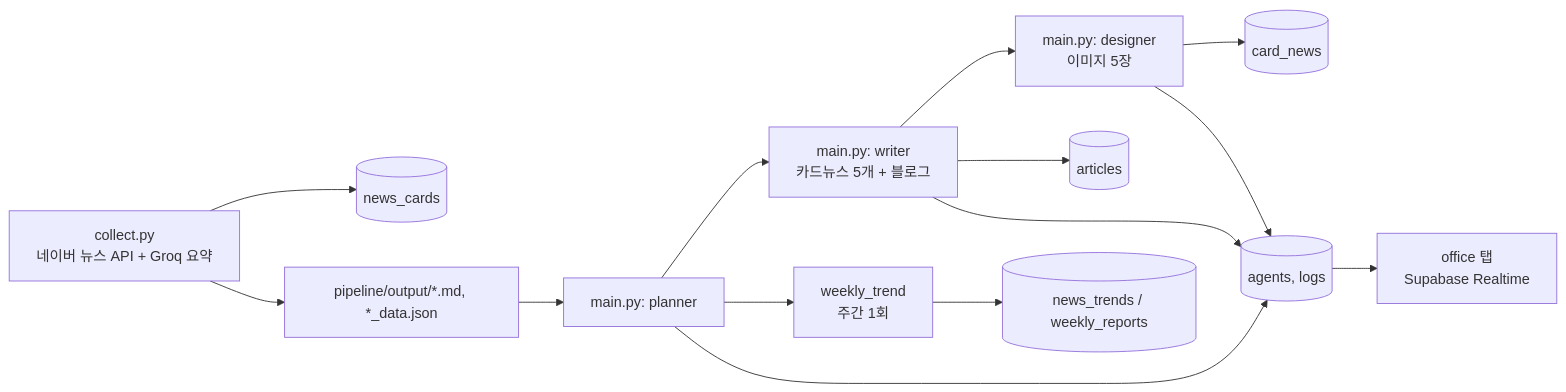
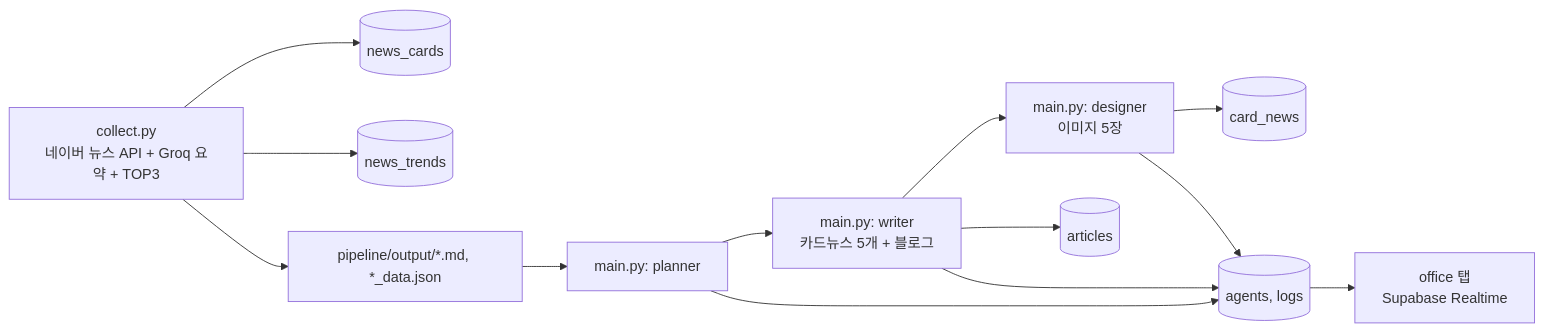
One commit to siadaddy/daily_AI changed the first of 2 diagrams in docs/01-아키텍처/데이터-흐름.md. Above: the diagram before and after it, drawn with Mermaid. The commit also changed other lines of this file and 12 other files, not shown here.

````diff
--- a/docs/01-아키텍처/데이터-흐름.md
+++ b/docs/01-아키텍처/데이터-흐름.md
@@ -19,14 +19,13 @@
 ```mermaid
 flowchart LR
-  A[collect.py\n네이버 뉴스 API + Groq 요약] --> B[(news_cards)]
+  A[collect.py\n네이버 뉴스 API + Groq 요약 + TOP3] --> B[(news_cards)]
+  A --> M[(news_trends)]
   A --> C[pipeline/output/*.md, *_data.json]
   C --> D[main.py: planner]
   D --> E[main.py: writer\n카드뉴스 5개 + 블로그]
   E --> F[main.py: designer\n이미지 5장]
   F --> G[(card_news)]
   E --> H[(articles)]
-  D --> I[weekly_trend\n주간 1회]
-  I --> J[(news_trends / weekly_reports)]
   D & E & F --> K[(agents, logs)]
   K --> L[office 탭\nSupabase Realtime]
 ```
````
